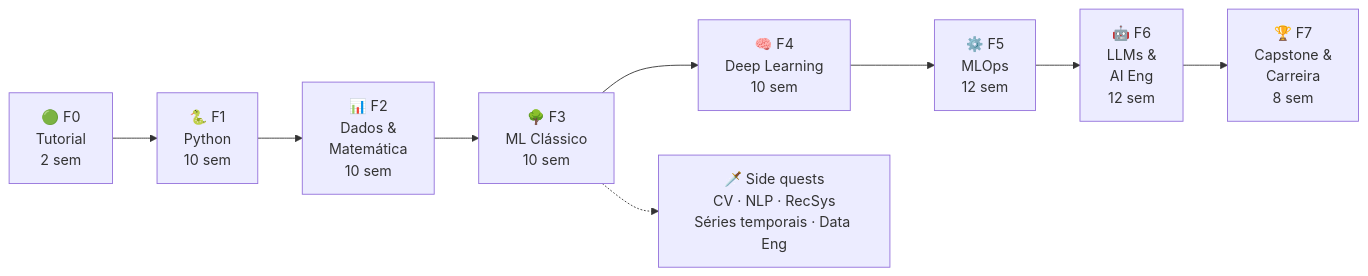
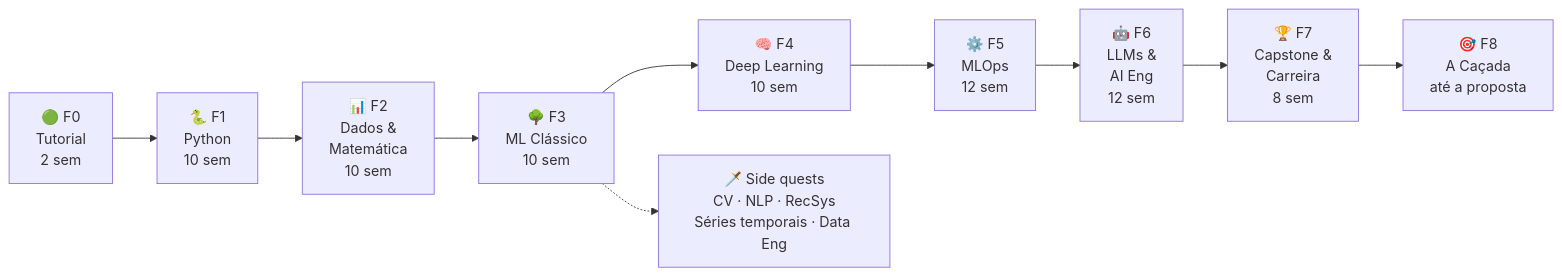
One commit to Thales-thecreator/Estudos changed the diagram in ROADMAP.md. Above: the diagram before and after it, drawn with Mermaid. The commit also changed other lines of this file and 16 other files, not shown here.

````diff
--- a/ROADMAP.md
+++ b/ROADMAP.md
@@ -24,11 +26,12 @@
 ```mermaid
 flowchart LR
     F0["🟢 F0<br/>Tutorial<br/>2 sem"] --> F1["🐍 F1<br/>Python<br/>10 sem"]
     F1 --> F2["📊 F2<br/>Dados &<br/>Matemática<br/>10 sem"]
     F2 --> F3["🌳 F3<br/>ML Clássico<br/>10 sem"]
     F3 --> F4["🧠 F4<br/>Deep Learning<br/>10 sem"]
     F4 --> F5["⚙️ F5<br/>MLOps<br/>12 sem"]
     F5 --> F6["🤖 F6<br/>LLMs &<br/>AI Eng<br/>12 sem"]
     F6 --> F7["🏆 F7<br/>Capstone &<br/>Carreira<br/>8 sem"]
+    F7 --> F8["🎯 F8<br/>A Caçada<br/>até a proposta"]
     F3 -.-> SQ["🗡️ Side quests<br/>CV · NLP · RecSys<br/>Séries temporais · Data Eng"]
 ```
````
